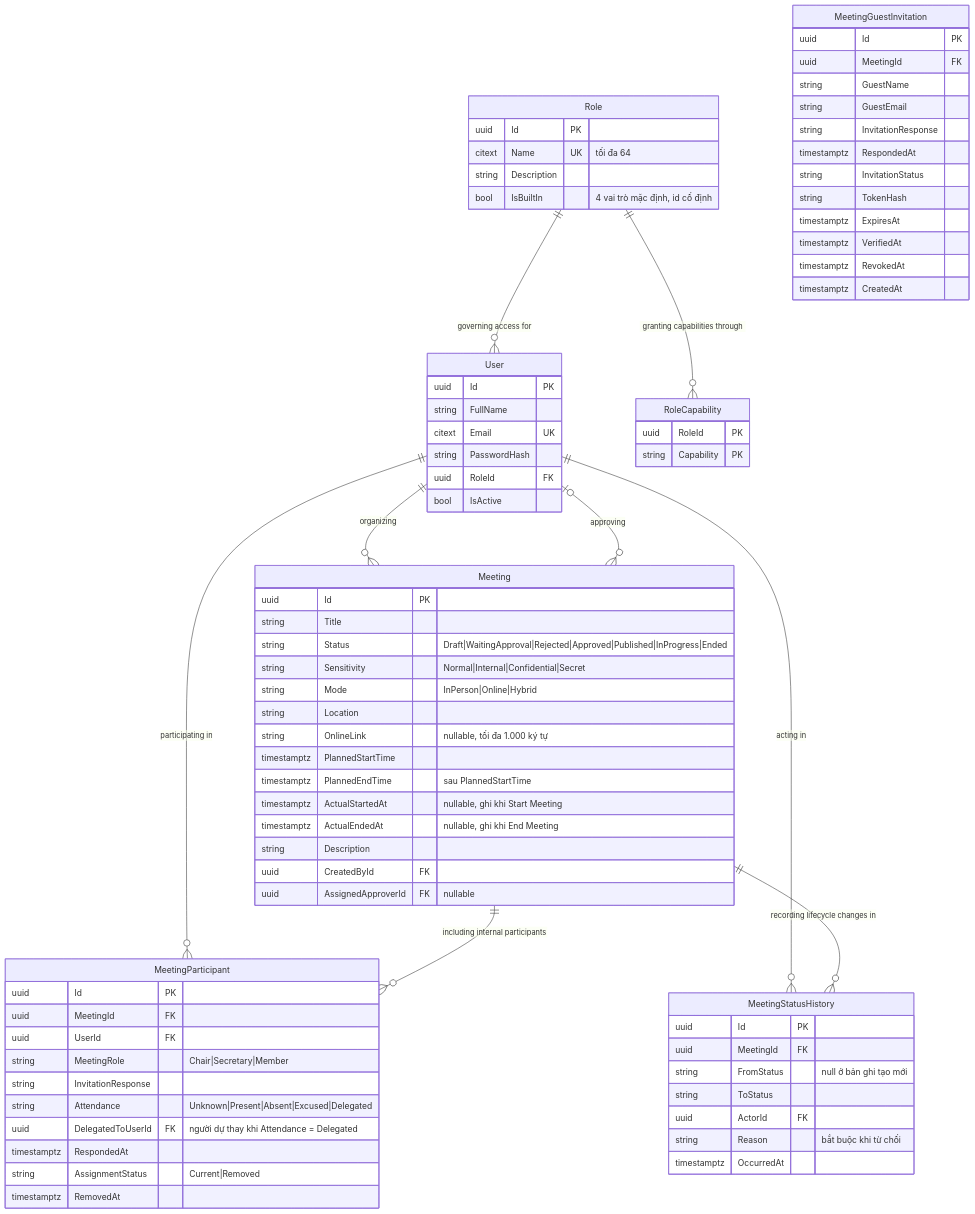
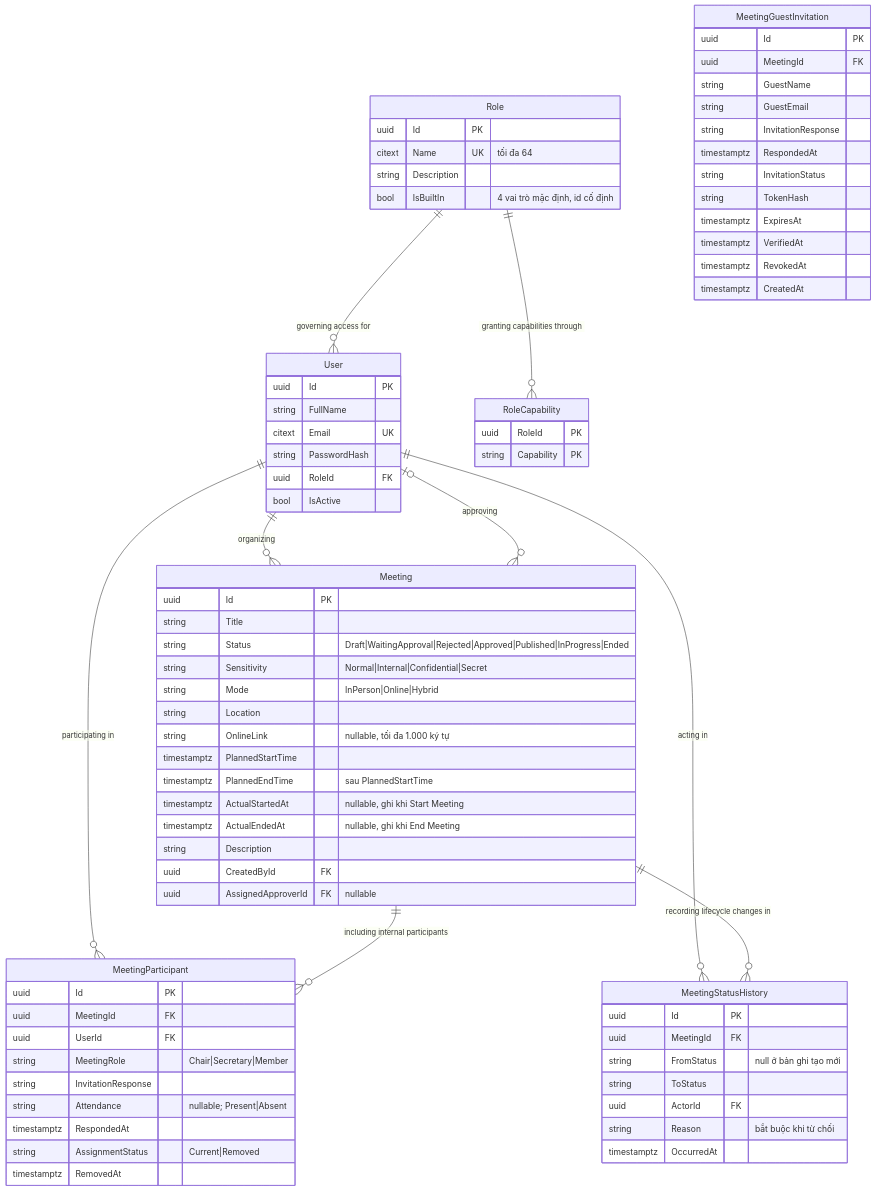
Before and after one commit to callmehai/FU-FA26-G116: the first of 6 diagrams in docs/02-design/02-erd.md, drawn with Mermaid. The commit also changed other lines of this file and 36 other files, not shown here.

First line of the commit message:
[Doc]: Đồng bộ đặc tả guest, điểm danh và sequence diagrams

````diff
--- a/docs/02-design/02-erd.md
+++ b/docs/02-design/02-erd.md
@@ -73,81 +73,80 @@
 ```mermaid
 erDiagram
     Role ||--o{ User : "governing access for"
     Role ||--o{ RoleCapability : "granting capabilities through"
     User ||--o{ Meeting : "organizing"
     User o|--o{ Meeting : "approving"
     User ||--o{ MeetingParticipant : "participating in"
     User ||--o{ MeetingStatusHistory : "acting in"
     Meeting ||--o{ MeetingParticipant : "including internal participants"
     Meeting ||--o{ MeetingStatusHistory : "recording lifecycle changes in"
 
     User {
         uuid Id PK
         string FullName
         citext Email UK
         string PasswordHash
         uuid RoleId FK
         bool IsActive
     }
     Role {
         uuid Id PK
         citext Name UK "tối đa 64"
         string Description
         bool IsBuiltIn "4 vai trò mặc định, id cố định"
     }
     RoleCapability {
         uuid RoleId PK
         string Capability PK
     }
     Meeting {
         uuid Id PK
         string Title
         string Status "Draft|WaitingApproval|Rejected|Approved|Published|InProgress|Ended"
         string Sensitivity "Normal|Internal|Confidential|Secret"
         string Mode "InPerson|Online|Hybrid"
         string Location
         string OnlineLink "nullable, tối đa 1.000 ký tự"
         timestamptz PlannedStartTime
         timestamptz PlannedEndTime "sau PlannedStartTime"
         timestamptz ActualStartedAt "nullable, ghi khi Start Meeting"
         timestamptz ActualEndedAt "nullable, ghi khi End Meeting"
         string Description
         uuid CreatedById FK
         uuid AssignedApproverId FK "nullable"
     }
     MeetingParticipant {
         uuid Id PK
         uuid MeetingId FK
         uuid UserId FK
         string MeetingRole "Chair|Secretary|Member"
         string InvitationResponse
-        string Attendance "Unknown|Present|Absent|Excused|Delegated"
-        uuid DelegatedToUserId FK "người dự thay khi Attendance = Delegated"
+        string Attendance "nullable; Present|Absent"
         timestamptz RespondedAt
         string AssignmentStatus "Current|Removed"
         timestamptz RemovedAt
     }
     MeetingStatusHistory {
         uuid Id PK
         uuid MeetingId FK
         string FromStatus "null ở bản ghi tạo mới"
         string ToStatus
         uuid ActorId FK
         string Reason "bắt buộc khi từ chối"
         timestamptz OccurredAt
     }
     MeetingGuestInvitation {
         uuid Id PK
         uuid MeetingId FK
         string GuestName
         string GuestEmail
         string InvitationResponse
         timestamptz RespondedAt
         string InvitationStatus
         string TokenHash
         timestamptz ExpiresAt
         timestamptz VerifiedAt
         timestamptz RevokedAt
         timestamptz CreatedAt
     }
 ```
````
